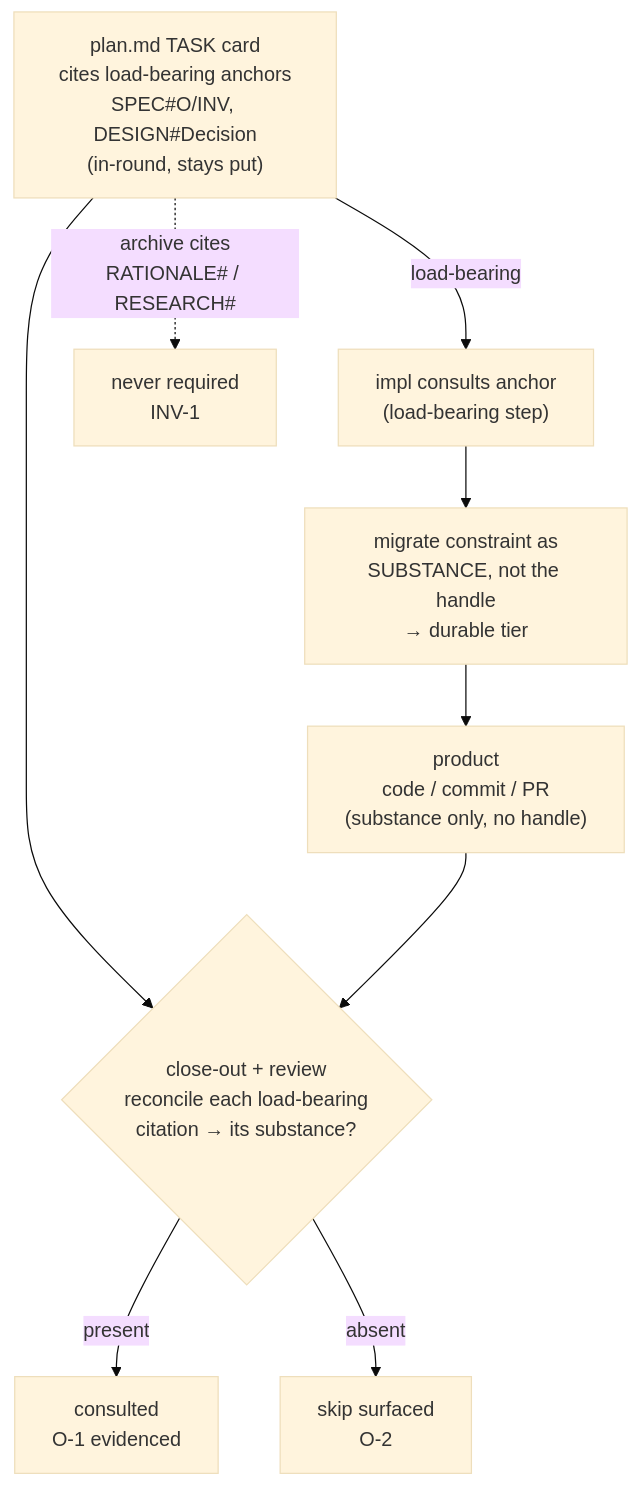
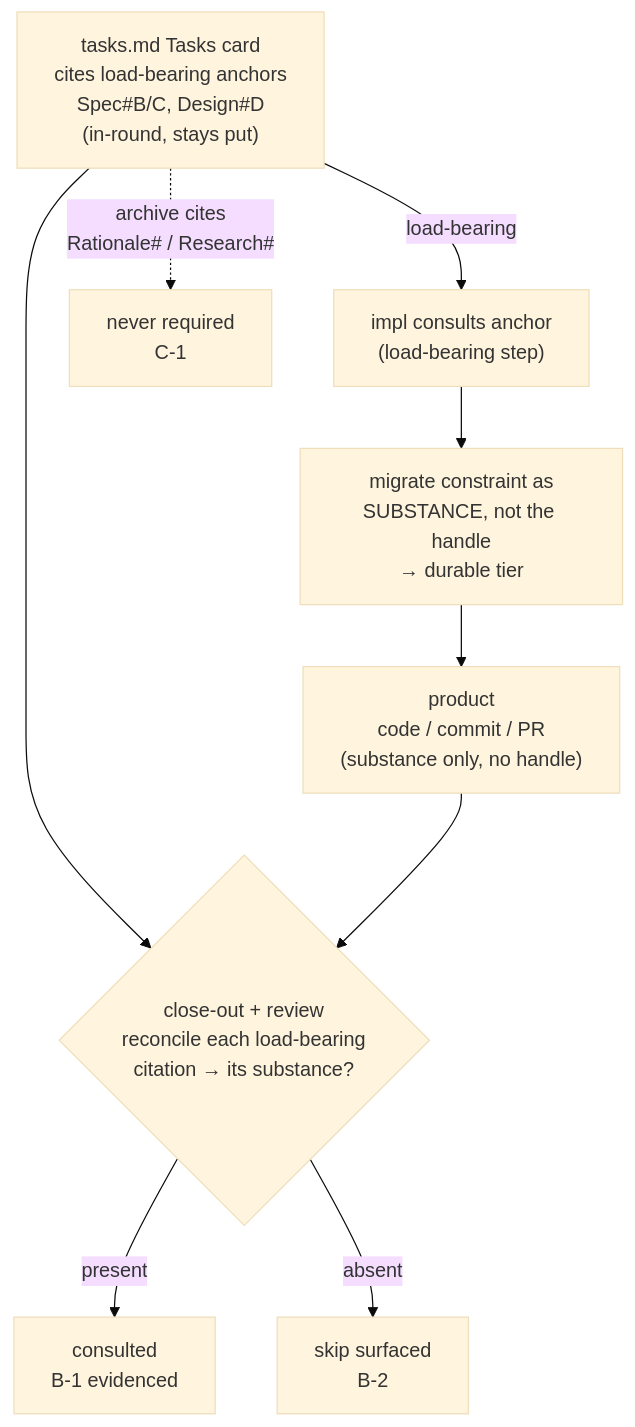
Before and after one commit to mynghn/leanplan: the diagram in docs/features/260621-jit-load-guarantee/design.md, drawn with Mermaid (base theme). The commit also changed other lines of this file and 51 other files, not shown here.

````diff
--- a/docs/features/260621-jit-load-guarantee/design.md
+++ b/docs/features/260621-jit-load-guarantee/design.md
@@ -7,12 +7,12 @@
 ```mermaid
 flowchart TD
-  PLAN["plan.md TASK card<br/>cites load-bearing anchors<br/>SPEC#O/INV, DESIGN#Decision<br/>(in-round, stays put)"]
-  PLAN -->|load-bearing| CONSULT["impl consults anchor<br/>(load-bearing step)"]
-  PLAN -. "archive cites<br/>RATIONALE# / RESEARCH#" .-> NEVER["never required<br/>INV-1"]
+  Tasks["tasks.md Tasks card<br/>cites load-bearing anchors<br/>Spec#B/C, Design#D<br/>(in-round, stays put)"]
+  Tasks -->|load-bearing| CONSULT["impl consults anchor<br/>(load-bearing step)"]
+  Tasks -. "archive cites<br/>Rationale# / Research#" .-> NEVER["never required<br/>C-1"]
   CONSULT --> DISTILL["migrate constraint as<br/>SUBSTANCE, not the handle<br/>→ durable tier"]
   DISTILL --> PROD["product<br/>code / commit / PR<br/>(substance only, no handle)"]
-  PLAN --> RECON{"close-out + review<br/>reconcile each load-bearing<br/>citation → its substance?"}
+  Tasks --> RECON{"close-out + review<br/>reconcile each load-bearing<br/>citation → its substance?"}
   PROD --> RECON
-  RECON -->|present| OK["consulted<br/>O-1 evidenced"]
-  RECON -->|absent| FLAG["skip surfaced<br/>O-2"]
+  RECON -->|present| OK["consulted<br/>B-1 evidenced"]
+  RECON -->|absent| FLAG["skip surfaced<br/>B-2"]
 ```
````
